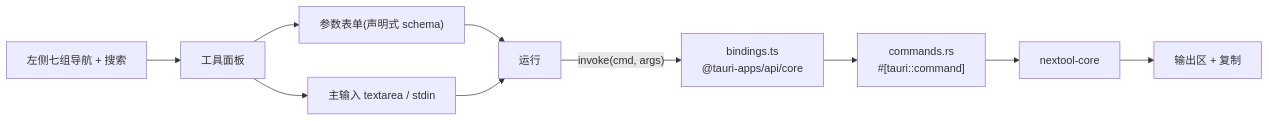
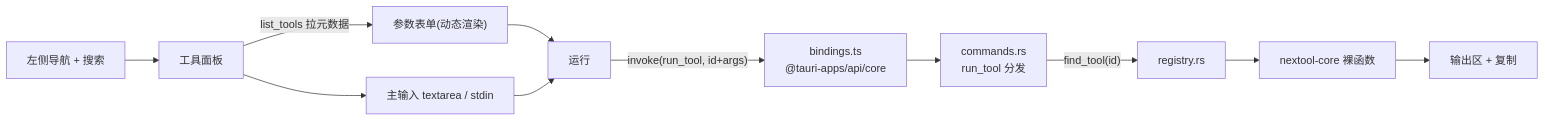
One commit to int2t05/NexToolkit changed the third of 3 diagrams in docs/tech.md. Above: the diagram before and after it, drawn with Mermaid. The commit also changed other lines of this file and 57 other files, not shown here.

````diff
--- a/docs/tech.md
+++ b/docs/tech.md
@@ -90,12 +106,13 @@
 ```mermaid
 flowchart LR
-  NAV["左侧七组导航 + 搜索"] --> PANEL["工具面板"]
-  PANEL --> FORM["参数表单(声明式 schema)"]
+  NAV["左侧导航 + 搜索"] --> PANEL["工具面板"]
+  PANEL -->|"list_tools 拉元数据"| FORM["参数表单(动态渲染)"]
   PANEL --> IN["主输入 textarea / stdin"]
   FORM --> RUN["运行"]
   IN --> RUN
-  RUN -->|"invoke(cmd, args)"| BIND["bindings.ts<br/>@tauri-apps/api/core"]
-  BIND --> GUI["commands.rs<br/>#[tauri::command]"]
-  GUI --> CORE["nextool-core"]
+  RUN -->|"invoke(run_tool, id+args)"| BIND["bindings.ts<br/>@tauri-apps/api/core"]
+  BIND --> GUI["commands.rs<br/>run_tool 分发"]
+  GUI -->|"find_tool(id)"| REG["registry.rs"]
+  REG --> CORE["nextool-core 裸函数"]
   CORE --> OUT["输出区 + 复制"]
 ```
````
